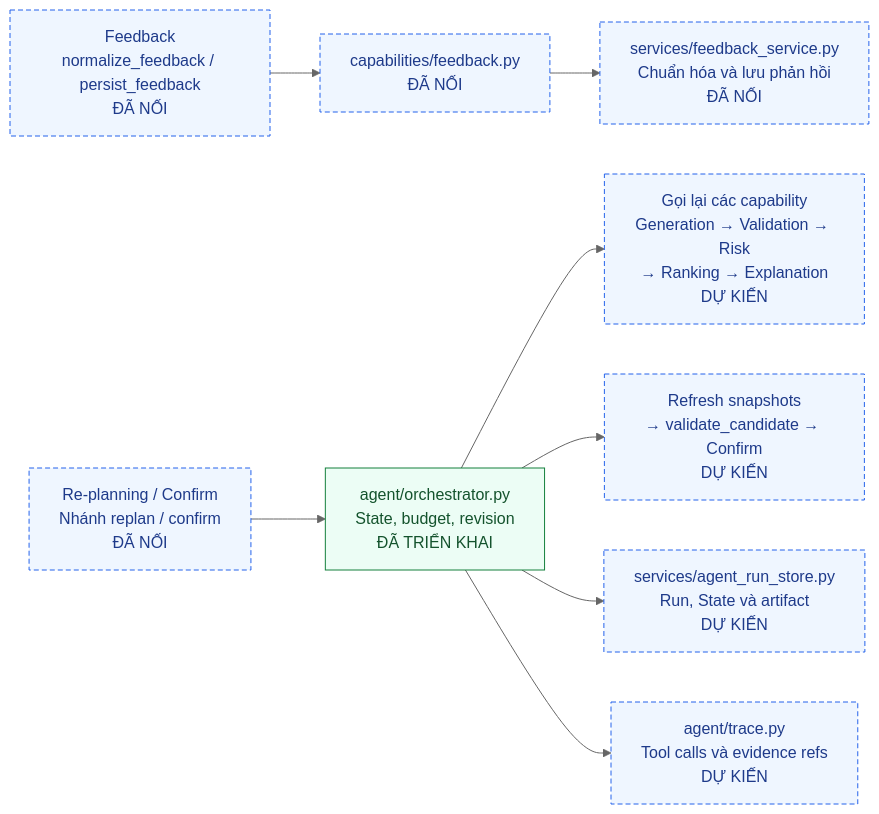
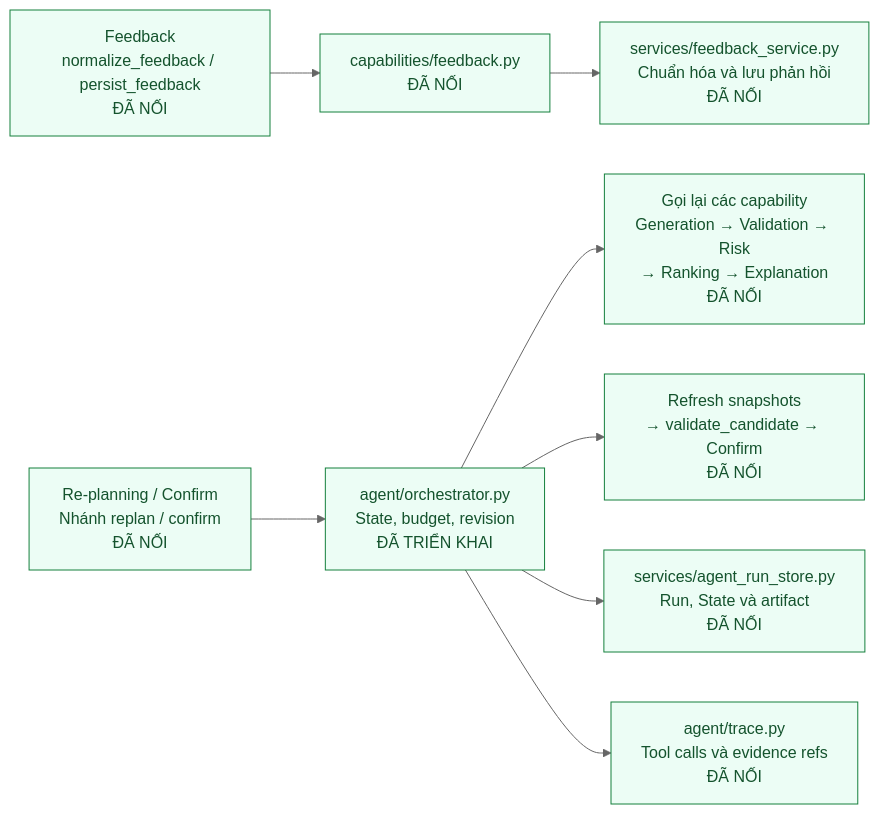
The third of 3 diagrams in docs/MAPPING_CAPABILITY_MODULE_TOOL.md (tandaoduy/personalized-learning-ontology), drawn with Mermaid (neutral theme) before and after one commit. The commit also changed other lines of this file and 14 other files, not shown here.

````diff
--- a/docs/MAPPING_CAPABILITY_MODULE_TOOL.md
+++ b/docs/MAPPING_CAPABILITY_MODULE_TOOL.md
@@ -68,16 +67,15 @@
 ```mermaid
 flowchart LR
     FB["Feedback<br/>normalize_feedback / persist_feedback<br/>ĐÃ NỐI"] --> FBA["capabilities/feedback.py<br/>ĐÃ NỐI"]
     FBA --> FBS["services/feedback_service.py<br/>Chuẩn hóa và lưu phản hồi<br/>ĐÃ NỐI"]
 
     RP["Re-planning / Confirm<br/>Nhánh replan / confirm<br/>ĐÃ NỐI"] --> OR["agent/orchestrator.py<br/>State, budget, revision<br/>ĐÃ TRIỂN KHAI"]
-    OR --> CT["Gọi lại các capability<br/>Generation → Validation → Risk<br/>→ Ranking → Explanation<br/>DỰ KIẾN"]
-    OR --> FV["Refresh snapshots<br/>→ validate_candidate → Confirm<br/>DỰ KIẾN"]
-    OR --> ST["services/agent_run_store.py<br/>Run, State và artifact<br/>DỰ KIẾN"]
-    OR --> TR["agent/trace.py<br/>Tool calls và evidence refs<br/>DỰ KIẾN"]
+    OR --> CT["Gọi lại các capability<br/>Generation → Validation → Risk<br/>→ Ranking → Explanation<br/>ĐÃ NỐI"]
+    OR --> FV["Refresh snapshots<br/>→ validate_candidate → Confirm<br/>ĐÃ NỐI"]
+    OR --> ST["services/agent_run_store.py<br/>Run, State và artifact<br/>ĐÃ NỐI"]
+    OR --> TR["agent/trace.py<br/>Tool calls và evidence refs<br/>ĐÃ NỐI"]
 
     classDef existing fill:#ecfdf5,stroke:#15803d,color:#14532d;
     classDef planned fill:#eff6ff,stroke:#2563eb,color:#1e3a8a,stroke-dasharray:5 3;
-    class OR existing;
-    class FB,FBA,FBS,RP,CT,FV,ST,TR planned;
+    class FB,FBA,FBS,RP,OR,CT,FV,ST,TR existing;
 ```
````
